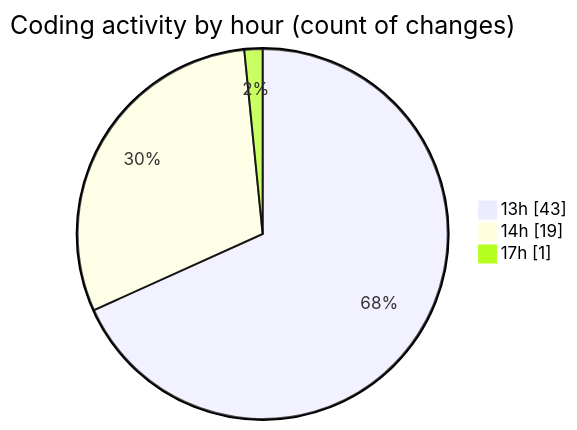
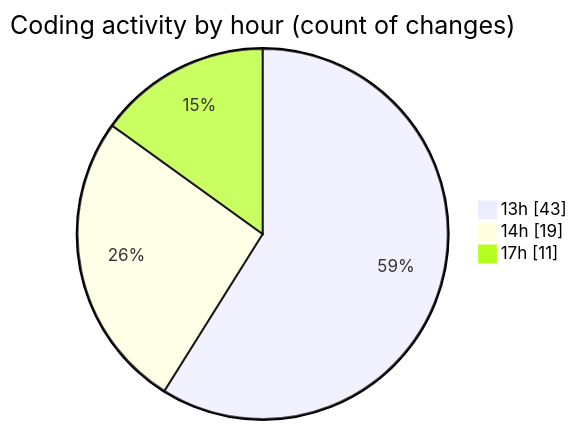
One commit to MatusMokan/code-tracking changed the second of 2 diagrams in 2025-10-04/untitled__workspace_/README.md. Above: the diagram before and after it, drawn with Mermaid. The commit also changed other lines of this file and 1 other file, not shown here.

````diff
--- a/2025-10-04/untitled__workspace_/README.md
+++ b/2025-10-04/untitled__workspace_/README.md
@@ -45,7 +45,7 @@
 ```mermaid
 pie showData
 title Coding activity by hour (count of changes)
 "13h" : 43
 "14h" : 19
-"17h" : 1
+"17h" : 11
 ```
````
